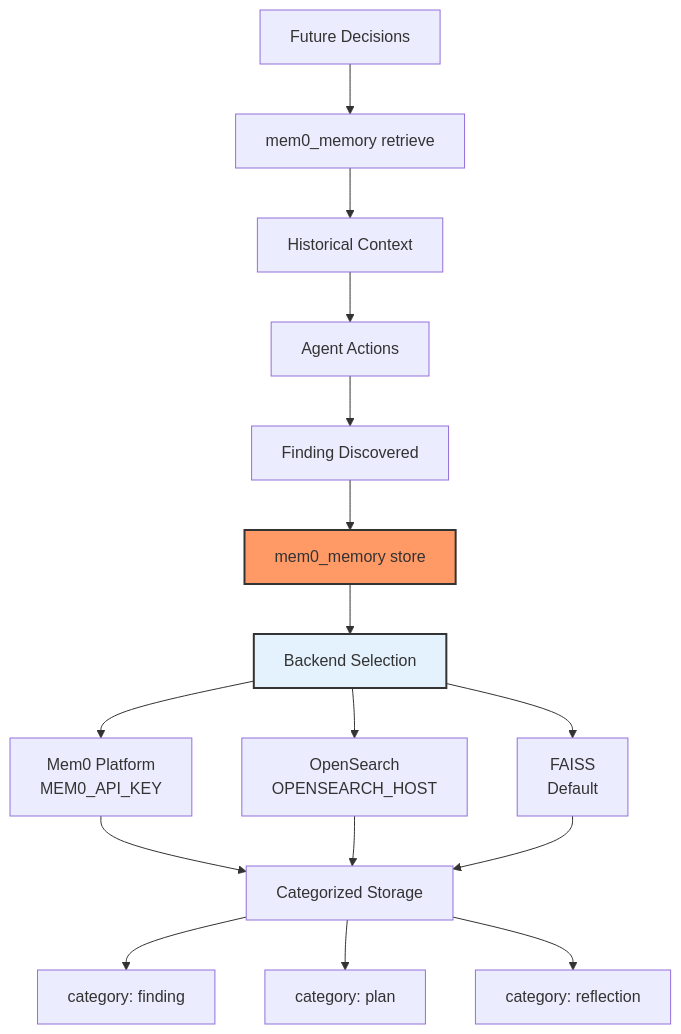
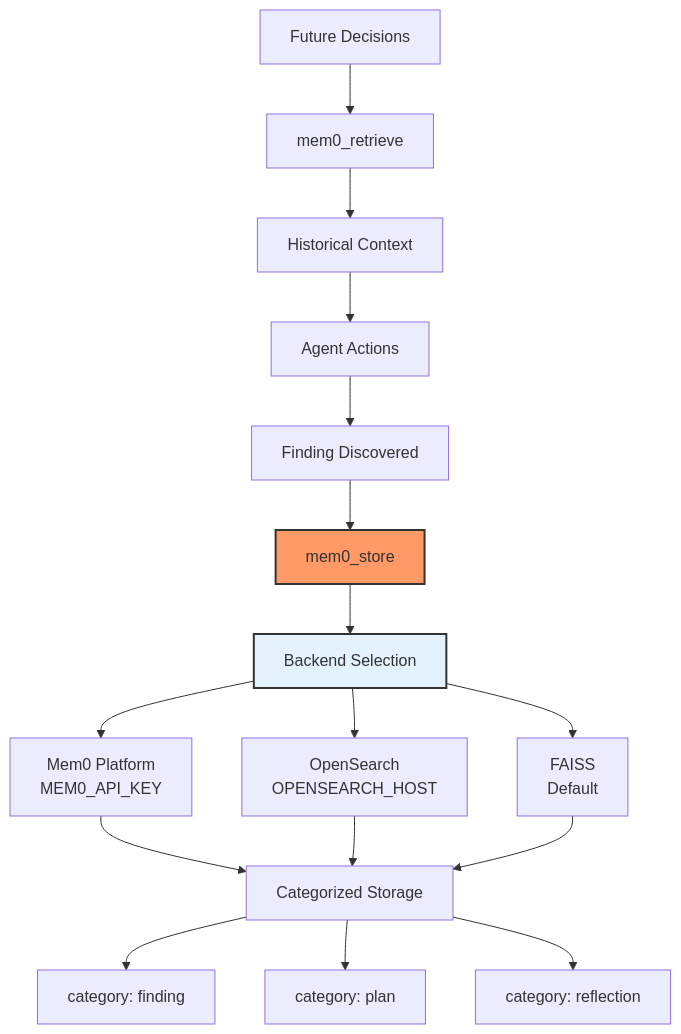
One commit to double16/Cyber-AutoAgent-ng changed the fifth of 5 diagrams in docs/architecture.md. Above: the diagram before and after it, drawn with Mermaid. The commit also changed other lines of this file and 129 other files, not shown here.

````diff
--- a/docs/architecture.md
+++ b/docs/architecture.md
@@ -208,25 +208,25 @@
 ```mermaid
 graph TB
     A[Agent Actions] --> B[Finding Discovered]
-    B --> C[mem0_memory store]
+    B --> C[mem0_store]
     C --> D[Backend Selection]
 
     D --> E[Mem0 Platform<br/>MEM0_API_KEY]
     D --> F[OpenSearch<br/>OPENSEARCH_HOST]
     D --> G[FAISS<br/>Default]
 
     E --> H[Categorized Storage]
     F --> H
     G --> H
 
     H --> I[category: finding]
     H --> J[category: plan]
     H --> K[category: reflection]
 
-    L[Future Decisions] --> M[mem0_memory retrieve]
+    L[Future Decisions] --> M[mem0_retrieve]
     M --> N[Historical Context]
     N --> A
 
     style C fill:#f96,stroke:#333,stroke-width:2px
     style D fill:#e3f2fd,stroke:#333,stroke-width:2px
 ```
````
